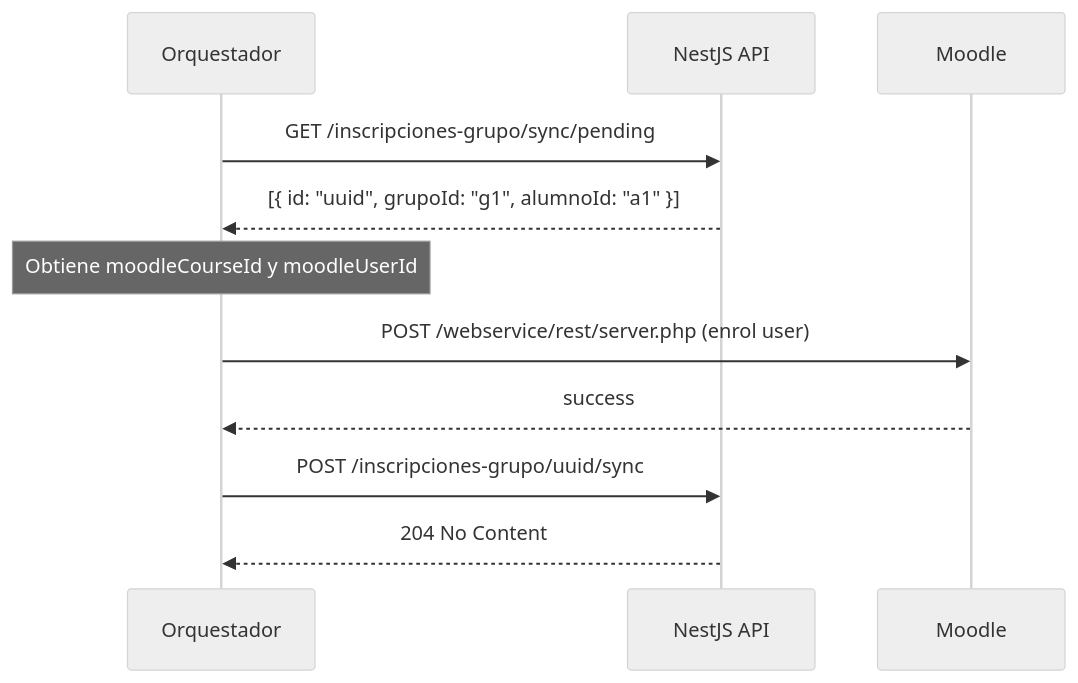
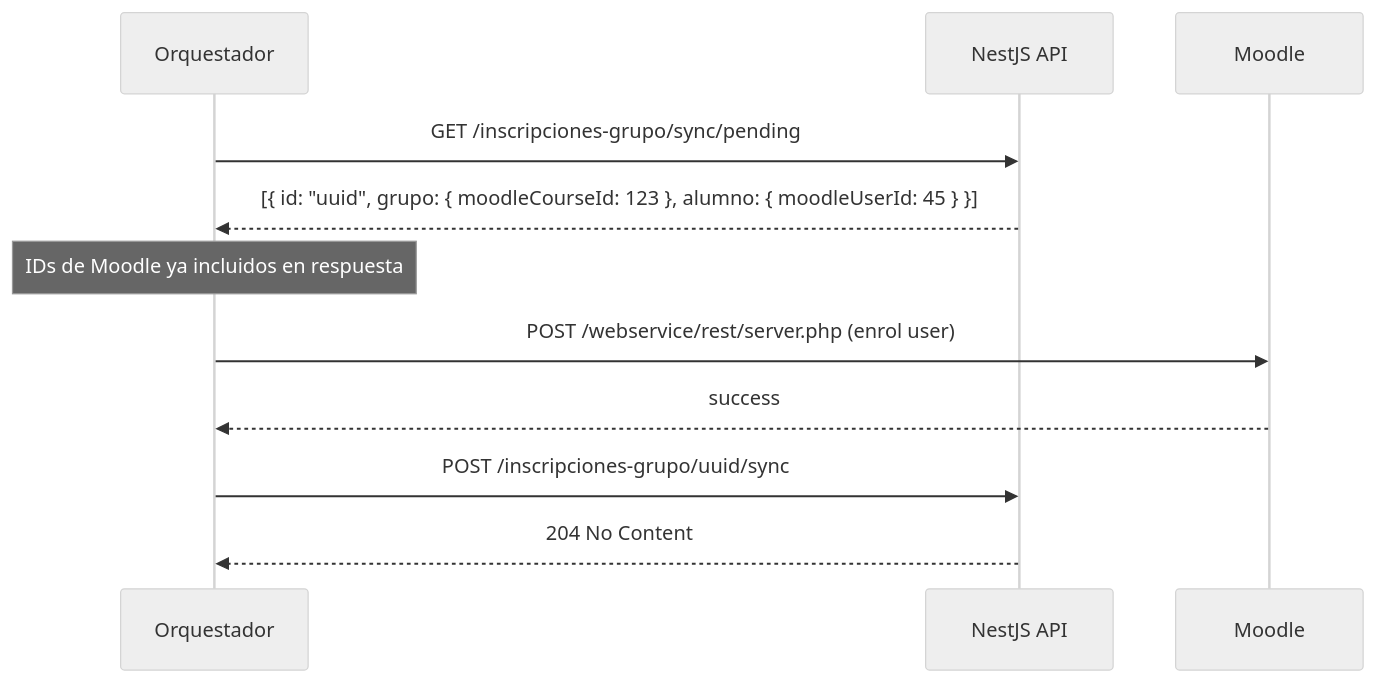
One commit to MoisesFrancoG/Academic changed the third of 3 diagrams in API_ENDPOINTS.md. Above: the diagram before and after it, drawn with Mermaid (neutral theme). The commit also changed other lines of this file and 3 other files, not shown here.

````diff
--- a/API_ENDPOINTS.md
+++ b/API_ENDPOINTS.md
@@ -1076,17 +1196,17 @@
 ```mermaid
 sequenceDiagram
     participant O as Orquestador
     participant N as NestJS API
     participant M as Moodle
 
     O->>N: GET /inscripciones-grupo/sync/pending
-    N-->>O: [{ id: "uuid", grupoId: "g1", alumnoId: "a1" }]
+    N-->>O: [{ id: "uuid", grupo: { moodleCourseId: 123 }, alumno: { moodleUserId: 45 } }]
 
-    Note over O: Obtiene moodleCourseId y moodleUserId
+    Note over O: IDs de Moodle ya incluidos en respuesta
 
     O->>M: POST /webservice/rest/server.php (enrol user)
     M-->>O: success
 
     O->>N: POST /inscripciones-grupo/uuid/sync
     N-->>O: 204 No Content
 ```
````
